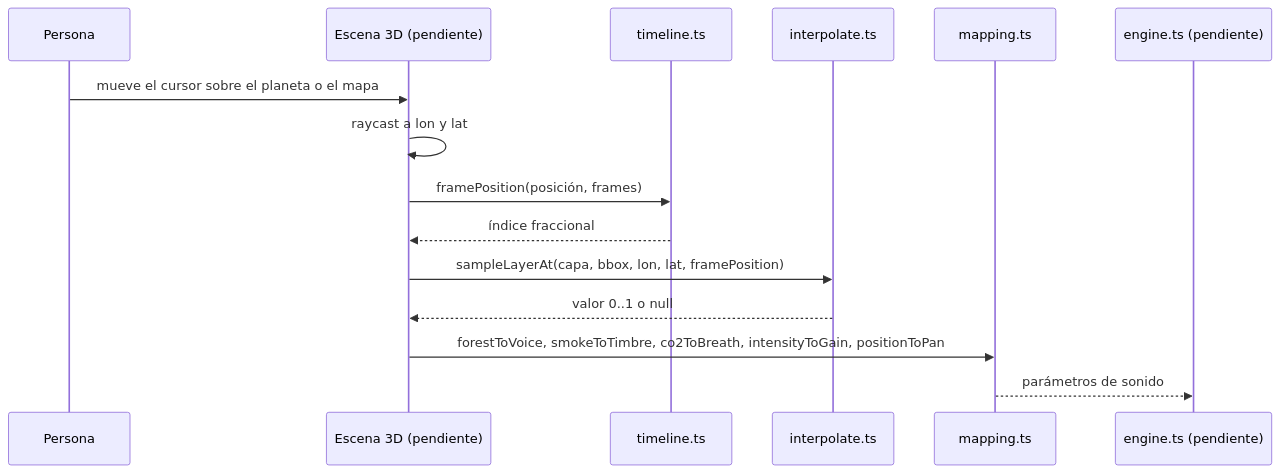
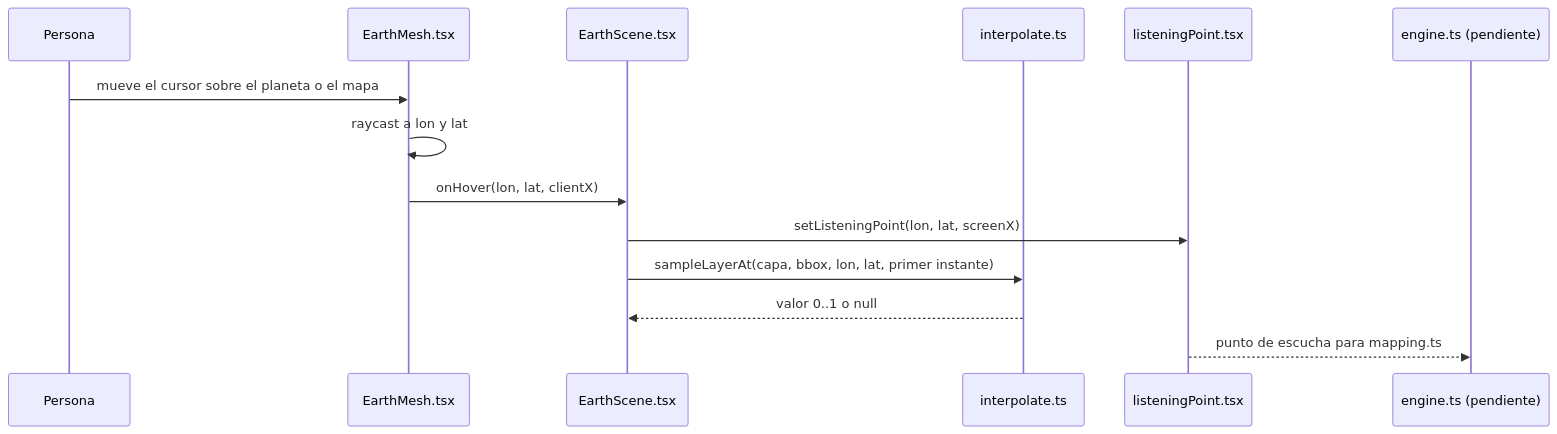
One commit to AndresNavarrom/Nasa-Challenge changed the fourth of 5 diagrams in aidlc/spaces/default/codekb/Nasa-Challenge/architecture.md. Above: the diagram before and after it, drawn with Mermaid. The commit also changed other lines of this file and 8 other files, not shown here.

Commit message:
Actualiza el mapa del código de datos y del planeta

````diff
--- a/aidlc/spaces/default/codekb/Nasa-Challenge/architecture.md
+++ b/aidlc/spaces/default/codekb/Nasa-Challenge/architecture.md
@@ -79,17 +110,16 @@
 ```mermaid
 sequenceDiagram
   participant User as Persona
-  participant Scene as Escena 3D (pendiente)
-  participant Timeline as timeline.ts
+  participant Mesh as EarthMesh.tsx
+  participant Scene as EarthScene.tsx
   participant Interp as interpolate.ts
-  participant Mapping as mapping.ts
+  participant LP as listeningPoint.tsx
   participant Engine as engine.ts (pendiente)
-  User->>Scene: mueve el cursor sobre el planeta o el mapa
-  Scene->>Scene: raycast a lon y lat
-  Scene->>Timeline: framePosition(posición, frames)
-  Timeline-->>Scene: índice fraccional
-  Scene->>Interp: sampleLayerAt(capa, bbox, lon, lat, framePosition)
+  User->>Mesh: mueve el cursor sobre el planeta o el mapa
+  Mesh->>Mesh: raycast a lon y lat
+  Mesh->>Scene: onHover(lon, lat, clientX)
+  Scene->>LP: setListeningPoint(lon, lat, screenX)
+  Scene->>Interp: sampleLayerAt(capa, bbox, lon, lat, primer instante)
   Interp-->>Scene: valor 0..1 o null
-  Scene->>Mapping: forestToVoice, smokeToTimbre, co2ToBreath, intensityToGain, positionToPan
-  Mapping-->>Engine: parámetros de sonido
+  LP-->>Engine: punto de escucha para mapping.ts
 ```
````
